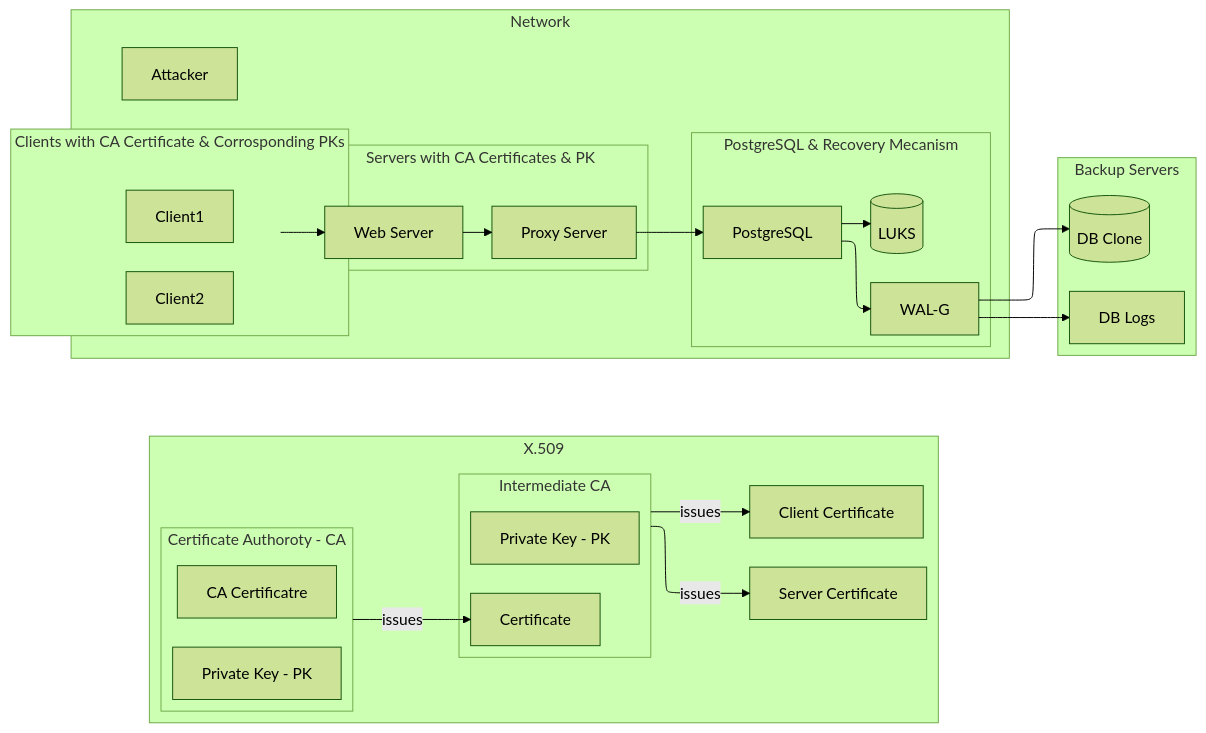
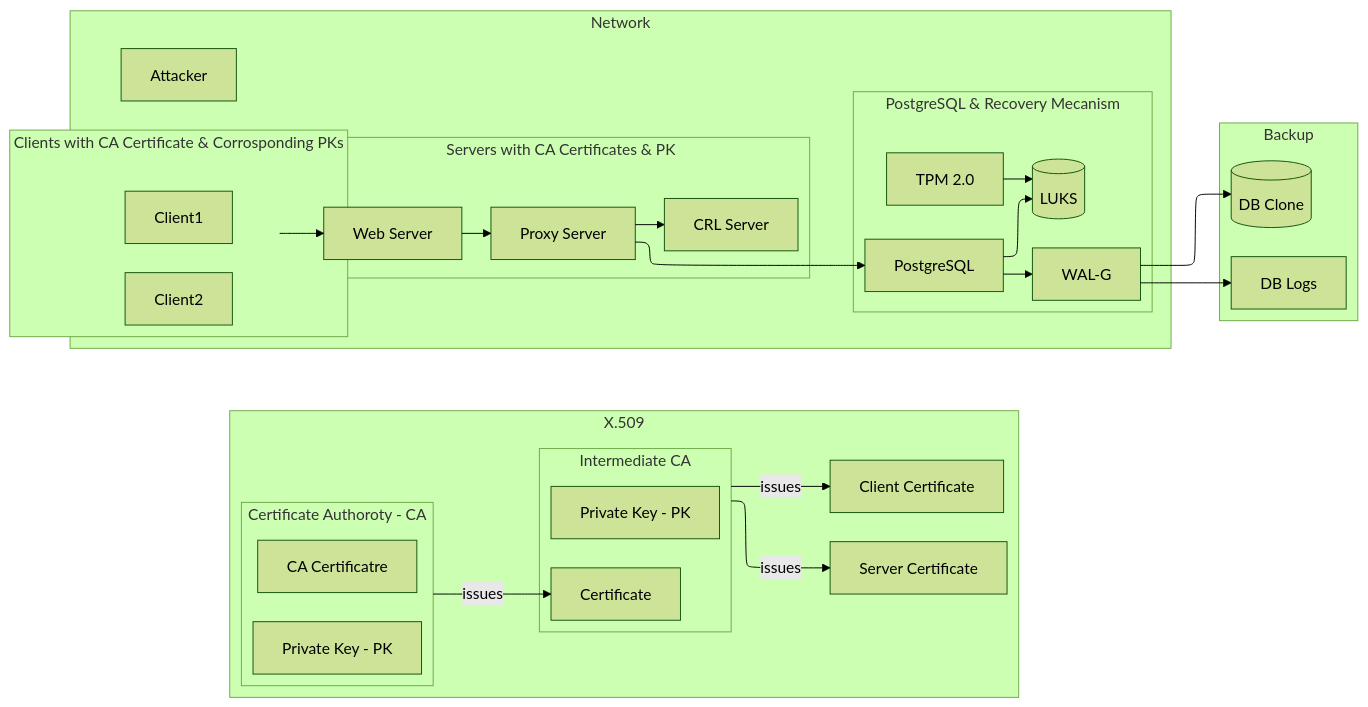
Before and after one commit to duetocode/project_5_defense_in_depth: the diagram in doc/system_design.md, drawn with Mermaid (forest theme).

Commit message:
design upds 2

````diff
--- a/doc/system_design.md
+++ b/doc/system_design.md
@@ -10,57 +10,61 @@
 ```mermaid
 ---
 config:
   layout: elk
   elk:
     nodePlacementStrategy: LINEAR_SEGMENTS
 ---
 flowchart LR
     subgraph X [X.509]
         subgraph C [Certificate Authoroty - CA]
             CA[CA Certificatre]
             PK[Private Key - PK]
         end
         subgraph I [Intermediate CA]
             ICA[Certificate]
             IPK[Private Key - PK]
         end
         
         CC[Client Certificate]
         SC[Server Certificate]
         C --issues--> ICA
         I --issues--> CC
         I --issues--> SC
         
     end
     subgraph Network
         At[Attacker]
 
         subgraph Clients [Clients with CA Certificate & Corrosponding PKs]
             A[Client1]
             B[Client2]
         end
         
         subgraph Server [ Servers with CA Certificates & PK]
             App[Web Server]
             Proxy[Proxy Server]
+            CRL[CRL Server]
         end
 
         subgraph DB [PostgreSQL & Recovery Mecanism]
             LKS@{ shape: cyl, label: "LUKS"}
             POS[PostgreSQL]
             WAL[WAL-G]
+            TPM[TPM 2.0]
         end
         Clients --> App
         App --> Proxy
         Proxy --> POS
+        Proxy --> CRL
         POS --> LKS
         POS --> WAL
+        TPM --> LKS
     end
-    subgraph DBB [Backup Servers]
+    subgraph DBB [Backup]
         BKP@{ shape: cyl, label: "DB Clone"}
         LOG[DB Logs]
         WAL[WAL-G]
     end
     WAL --> BKP
     WAL --> LOG    
 ```
````
